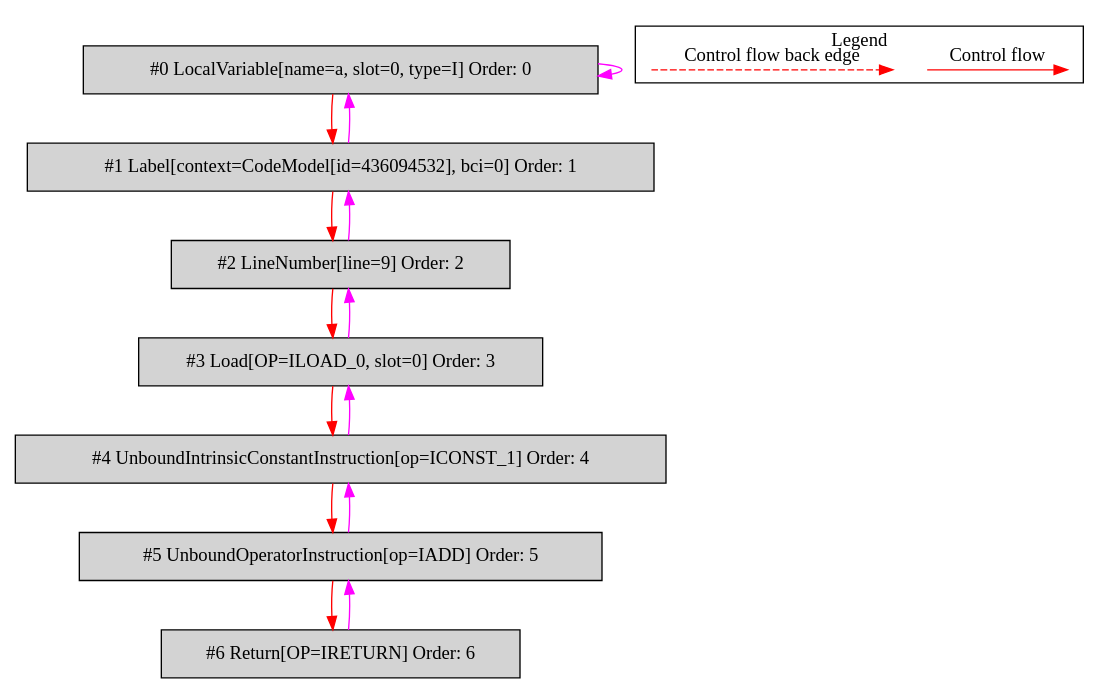
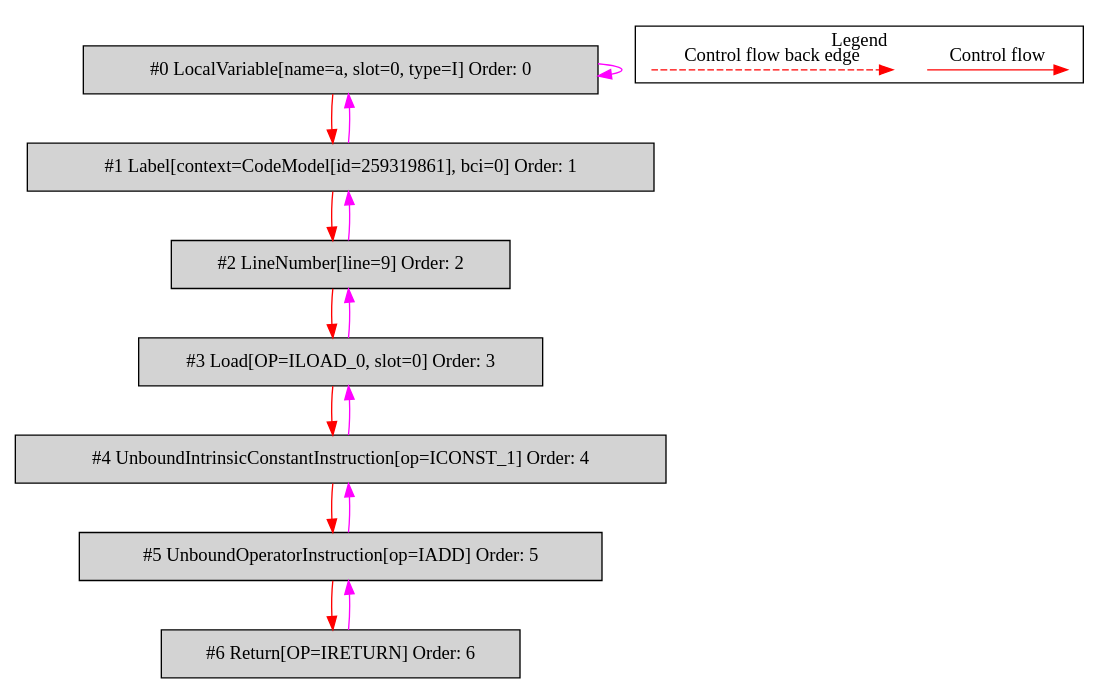
The diagram in de.mirkosertic.metair.ir.examples.StaticMethodInvokeTest/compute/bytecodecfg.dot (mirkosertic/MetaIR), drawn with Graphviz before and after one commit. The commit also changed 1197 other files, not shown here.

```diff
--- a/de.mirkosertic.metair.ir.examples.StaticMethodInvokeTest/compute/bytecodecfg.dot
+++ b/de.mirkosertic.metair.ir.examples.StaticMethodInvokeTest/compute/bytecodecfg.dot
@@ -1,37 +1,37 @@
 digraph {
  ordering="in";
  node0[label="#0 LocalVariable[name=a, slot=0, type=I] Order: 0", shape=box, fillcolor=lightgrey, style=filled];
- node1[label="#1 Label[context=CodeModel[id=436094532], bci=0] Order: 1", shape=box, fillcolor=lightgrey, style=filled];
+ node1[label="#1 Label[context=CodeModel[id=259319861], bci=0] Order: 1", shape=box, fillcolor=lightgrey, style=filled];
  node2[label="#2 LineNumber[line=9] Order: 2", shape=box, fillcolor=lightgrey, style=filled];
  node3[label="#3 Load[OP=ILOAD_0, slot=0] Order: 3", shape=box, fillcolor=lightgrey, style=filled];
  node4[label="#4 UnboundIntrinsicConstantInstruction[op=ICONST_1] Order: 4", shape=box, fillcolor=lightgrey, style=filled];
  node5[label="#5 UnboundOperatorInstruction[op=IADD] Order: 5", shape=box, fillcolor=lightgrey, style=filled];
  node6[label="#6 Return[OP=IRETURN] Order: 6", shape=box, fillcolor=lightgrey, style=filled];
  node0 -> node0[color=fuchsia];
  node0 -> node1[color=red];
  node1 -> node0[color=fuchsia];
  node1 -> node2[color=red];
  node2 -> node1[color=fuchsia];
  node2 -> node3[color=red];
  node3 -> node2[color=fuchsia];
  node3 -> node4[color=red];
  node4 -> node3[color=fuchsia];
  node4 -> node5[color=red];
  node5 -> node4[color=fuchsia];
  node5 -> node6[color=red];
  node6 -> node5[color=fuchsia];
  subgraph cluster_000 {
   label = "Legend";
   node [shape=point]
   {
    rank=same;
    c0 [style = invis];
    c1 [style = invis];
    c2 [style = invis];
    c3 [style = invis];
   }
   c0 -> c1 [label="Control flow", style=solid, color=red]
   c2 -> c3 [label="Control flow back edge", style=dashed, color=red]
  }
 
 }
```
